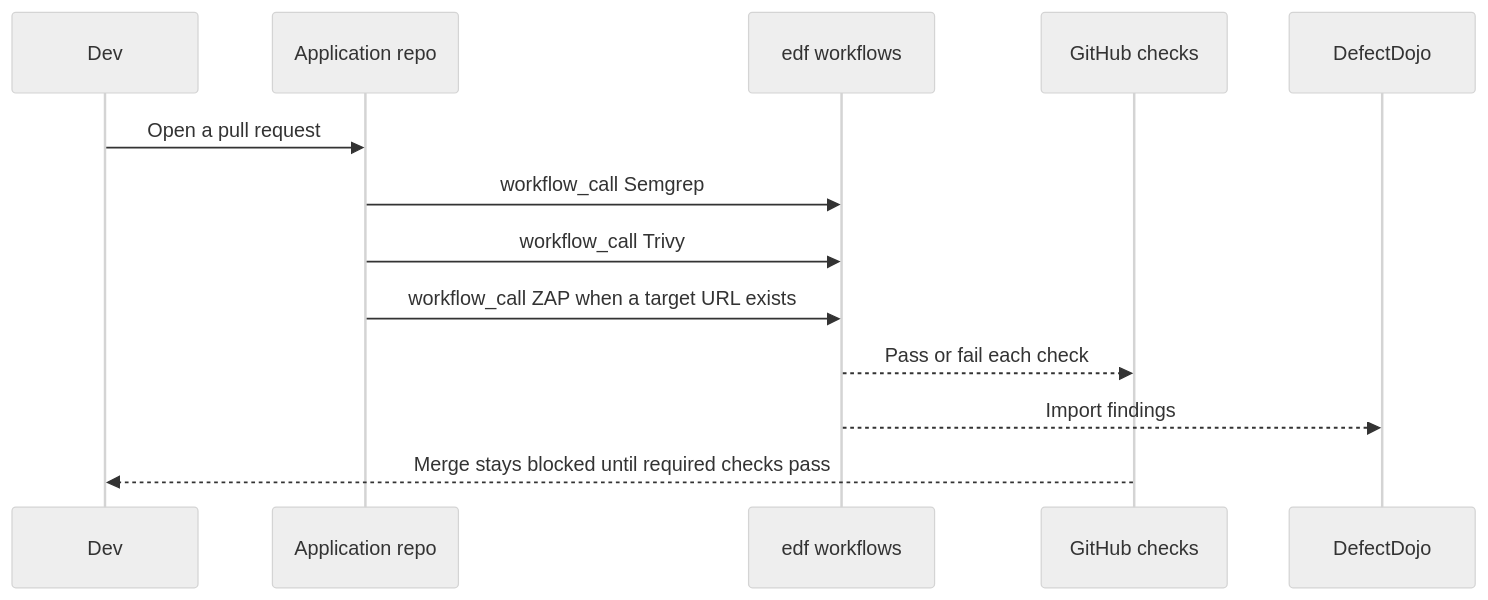
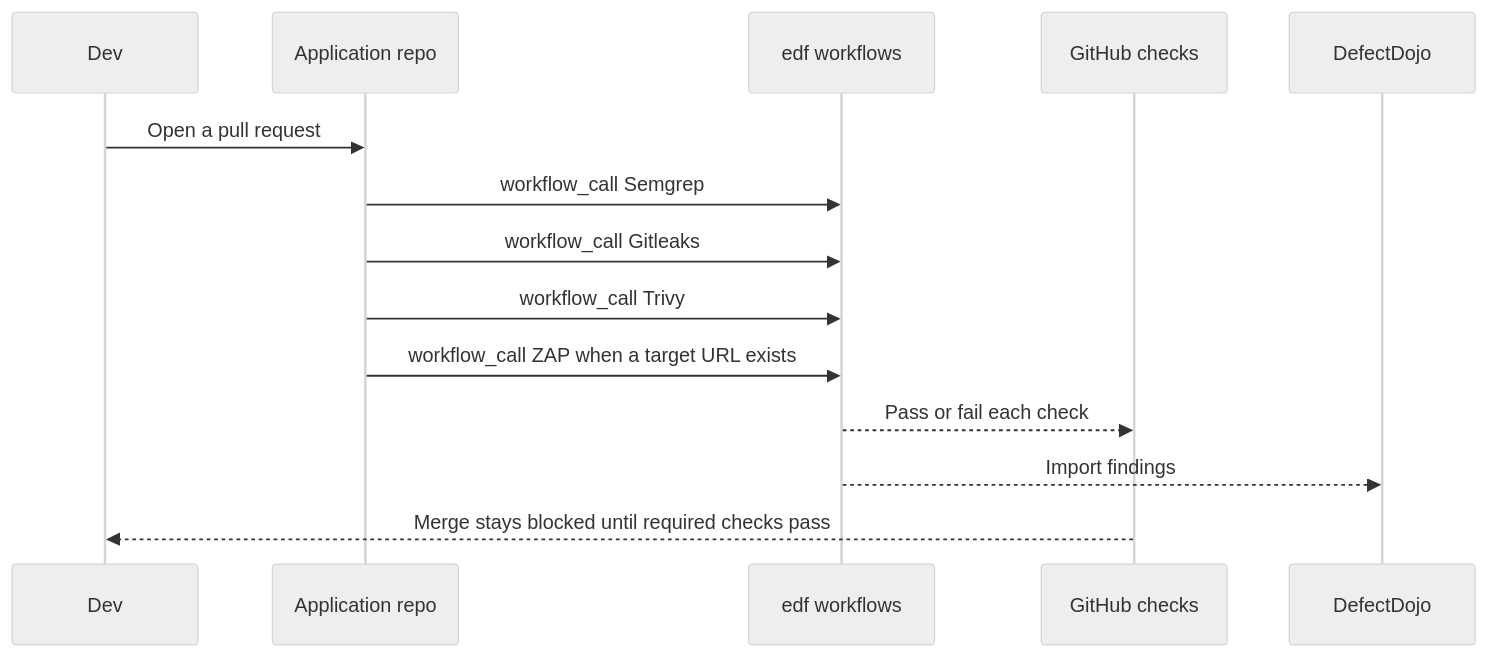
One commit to kcmchandramouli/edf changed the diagram in README.md. Above: the diagram before and after it, drawn with Mermaid (neutral theme). The commit also changed other lines of this file and 3 other files, not shown here.

````diff
--- a/README.md
+++ b/README.md
@@ -61,16 +66,17 @@
 ```mermaid
 sequenceDiagram
   participant Dev
   participant App as Application repo
   participant EDF as edf workflows
   participant GH as GitHub checks
   participant DD as DefectDojo
 
   Dev->>App: Open a pull request
   App->>EDF: workflow_call Semgrep
+  App->>EDF: workflow_call Gitleaks
   App->>EDF: workflow_call Trivy
   App->>EDF: workflow_call ZAP when a target URL exists
   EDF-->>GH: Pass or fail each check
   EDF-->>DD: Import findings
   GH-->>Dev: Merge stays blocked until required checks pass
 ```
````
